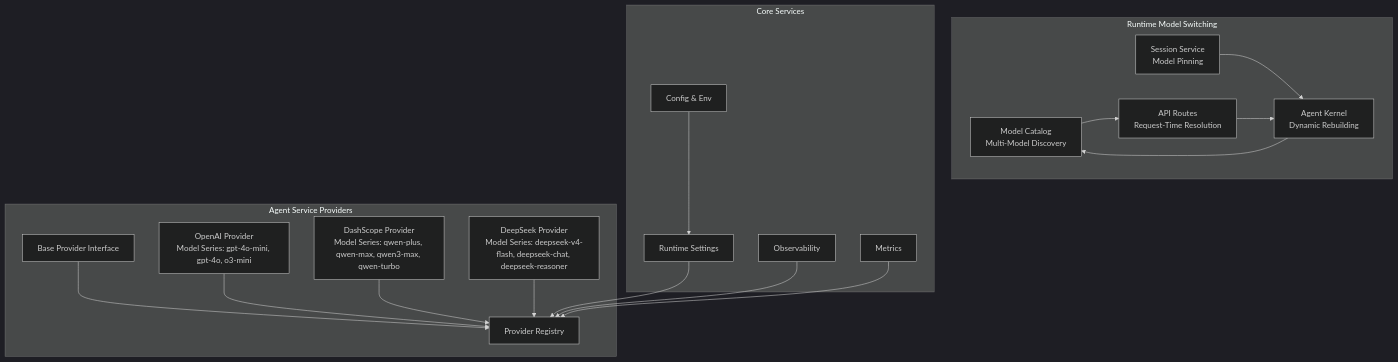
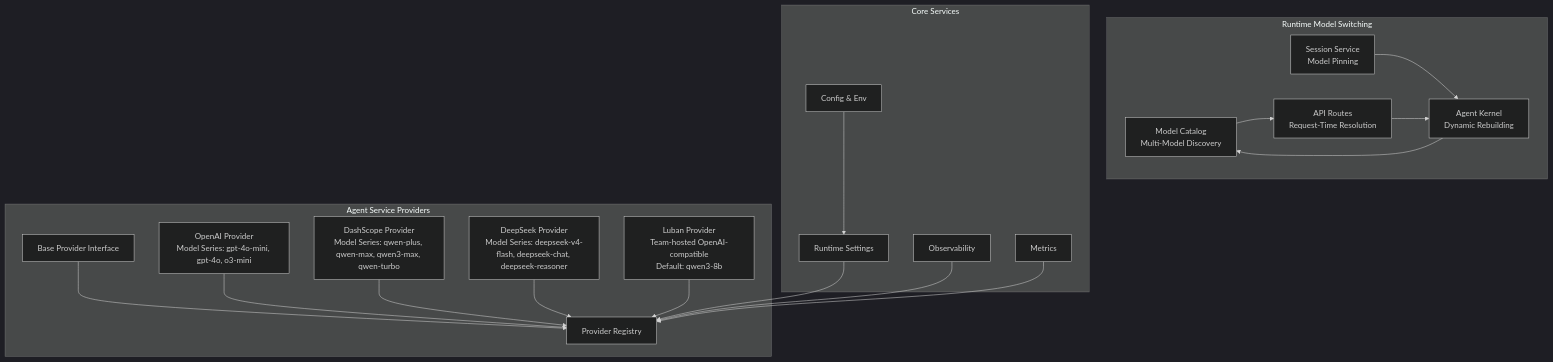
The first of 6 diagrams in .qoder/repowiki/en/content/Agent Platform Service/Provider Registry and Multi-Provider Support.md (metasync/luban-aiops), drawn with Mermaid (dark theme) before and after one commit. The commit also changed other lines of this file and 16 other files, not shown here.

````diff
--- a/.qoder/repowiki/en/content/Agent Platform Service/Provider Registry and Multi-Provider Support.md
+++ b/.qoder/repowiki/en/content/Agent Platform Service/Provider Registry and Multi-Provider Support.md
@@ -58,34 +59,36 @@
 ```mermaid
 graph TB
 subgraph "Agent Service Providers"
 Base["Base Provider Interface"]
 Reg["Provider Registry"]
 OAI["OpenAI Provider<br/>Model Series: gpt-4o-mini, gpt-4o, o3-mini"]
 DS["DashScope Provider<br/>Model Series: qwen-plus, qwen-max, qwen3-max, qwen-turbo"]
 DK["DeepSeek Provider<br/>Model Series: deepseek-v4-flash, deepseek-chat, deepseek-reasoner"]
+LB["Luban Provider<br/>Team-hosted OpenAI-compatible<br/>Default: qwen3-8b"]
 end
 subgraph "Runtime Model Switching"
 Catalog["Model Catalog<br/>Multi-Model Discovery"]
 SessionSvc["Session Service<br/>Model Pinning"]
 Kernel["Agent Kernel<br/>Dynamic Rebuilding"]
 Routes["API Routes<br/>Request-Time Resolution"]
 end
 subgraph "Core Services"
 Cfg["Config & Env"]
 Obs["Observability"]
 Met["Metrics"]
 RS["Runtime Settings"]
 end
 Base --> Reg
 OAI --> Reg
 DS --> Reg
 DK --> Reg
+LB --> Reg
 Catalog --> Routes
 SessionSvc --> Kernel
 Routes --> Kernel
 Kernel --> Catalog
 Cfg --> RS
 RS --> Reg
 Obs --> Reg
 Met --> Reg
 ```
````
